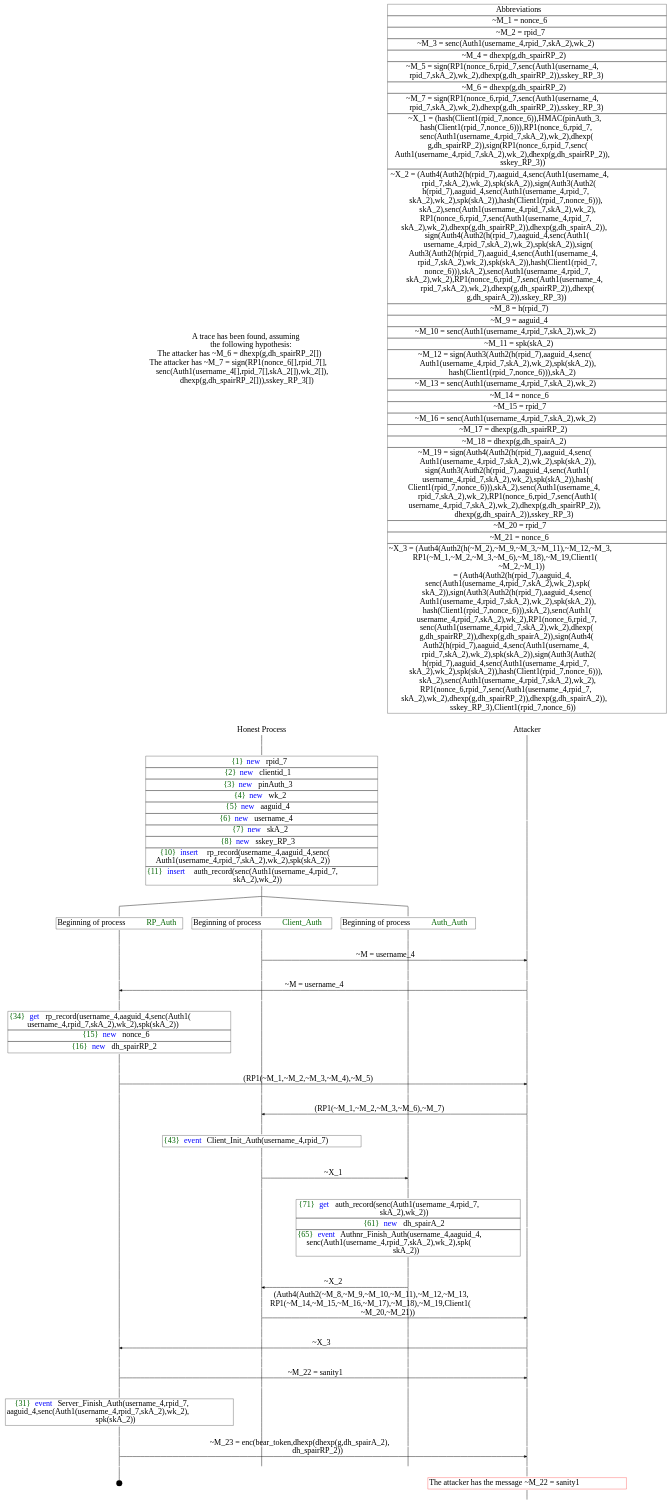
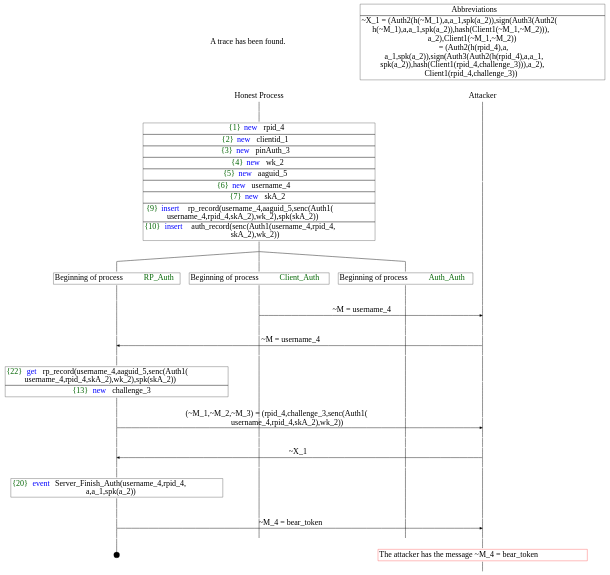
Before and after one commit to EkanshBhatnagar/FIDO2-Proverif: the diagram in results/trace1.dot, drawn with Graphviz. The commit also changed 10 other files, not shown here.

```diff
--- a/results/trace1.dot
+++ b/results/trace1.dot
@@ -2,21 +2,15 @@
 graph [ordering = out]
 edge [arrowhead = none, penwidth = 1.6, fontsize = 30]
 node [shape = point, width = 0, height = 0, fontsize = 30]
-Trace [label = <A trace has been found, assuming<br/>
-the following hypothesis:<br/>
-The attacker has ~M_6 = dhexp(g,dh_spairRP_2[])<br/>
-The attacker has ~M_7 = sign(RP1(nonce_6[],rpid_7[],<br/>
-senc(Auth1(username_4[],rpid_7[],skA_2[]),wk_2[]),<br/>
-dhexp(g,dh_spairRP_2[])),sskey_RP_3[])<br/>
+Trace [label = <A trace has been found.<br/>
 >, shape = plaintext]
 P0__0 [label = "Honest Process", shape = plaintext]
 P__0 [label = "Attacker", shape = plaintext]
 Trace -> P0__0 [label = "", style = invisible, weight = 100]{rank = same; P0__0 P__0}
 P0__0 -> P0__1 [label = <>, weight = 100]
 P0__1 -> P0__2 [label = <>, weight = 100]
-P0__2 [shape = plaintext, label = <<TABLE BORDER="0" CELLBORDER="1" CELLSPACING="0" CELLPADDING="4"> <TR><TD><FONT COLOR="darkgreen">{1}</FONT><FONT COLOR="blue">new </FONT>rpid_7</TD></TR><TR><TD><FONT COLOR="darkgreen">{2}</FONT><FONT COLOR="blue">new </FONT>clientid_1</TD></TR><TR><TD><FONT COLOR="darkgreen">{3}</FONT><FONT COLOR="blue">new </FONT>pinAuth_3</TD></TR><TR><TD><FONT COLOR="darkgreen">{4}</FONT><FONT COLOR="blue">new </FONT>wk_2</TD></TR><TR><TD><FONT COLOR="darkgreen">{5}</FONT><FONT COLOR="blue">new </FONT>aaguid_4</TD></TR><TR><TD><FONT COLOR="darkgreen">{6}</FONT><FONT COLOR="blue">new </FONT>username_4</TD></TR><TR><TD><FONT COLOR="darkgreen">{7}</FONT><FONT COLOR="blue">new </FONT>skA_2</TD></TR><TR><TD><FONT COLOR="darkgreen">{8}</FONT><FONT COLOR="blue">new </FONT>sskey_RP_3</TD></TR><TR><TD><FONT COLOR="darkgreen">{10}</FONT><FONT COLOR="blue">insert </FONT>rp_record(username_4,aaguid_4,senc(<br/>
-Auth1(username_4,rpid_7,skA_2),wk_2),spk(skA_2))<br/>
-</TD></TR><TR><TD><FONT COLOR="darkgreen">{11}</FONT><FONT COLOR="blue">insert </FONT>auth_record(senc(Auth1(username_4,rpid_7,<br/>
+P0__2 [shape = plaintext, label = <<TABLE BORDER="0" CELLBORDER="1" CELLSPACING="0" CELLPADDING="4"> <TR><TD><FONT COLOR="darkgreen">{1}</FONT><FONT COLOR="blue">new </FONT>rpid_4</TD></TR><TR><TD><FONT COLOR="darkgreen">{2}</FONT><FONT COLOR="blue">new </FONT>clientid_1</TD></TR><TR><TD><FONT COLOR="darkgreen">{3}</FONT><FONT COLOR="blue">new </FONT>pinAuth_3</TD></TR><TR><TD><FONT COLOR="darkgreen">{4}</FONT><FONT COLOR="blue">new </FONT>wk_2</TD></TR><TR><TD><FONT COLOR="darkgreen">{5}</FONT><FONT COLOR="blue">new </FONT>aaguid_5</TD></TR><TR><TD><FONT COLOR="darkgreen">{6}</FONT><FONT COLOR="blue">new </FONT>username_4</TD></TR><TR><TD><FONT COLOR="darkgreen">{7}</FONT><FONT COLOR="blue">new </FONT>skA_2</TD></TR><TR><TD><FONT COLOR="darkgreen">{9}</FONT><FONT COLOR="blue">insert </FONT>rp_record(username_4,aaguid_5,senc(Auth1(<br/>
+username_4,rpid_4,skA_2),wk_2),spk(skA_2))</TD></TR><TR><TD><FONT COLOR="darkgreen">{10}</FONT><FONT COLOR="blue">insert </FONT>auth_record(senc(Auth1(username_4,rpid_4,<br/>
 skA_2),wk_2))</TD></TR></TABLE>>]
 P0__2 -> P0__3 [label = <>, weight = 100]
 P__0 -> P__1 [label = <>, weight = 100]
@@ -63,8 +57,8 @@
 P__6 -> P__7 [label = <>, weight = 100]
 {rank = same; P__7 P0_0__9 P0_1__10 P0_2__8}
 P0_2__8 -> P0_2__9 [label = <>, weight = 100]
-P0_2__9 [shape = plaintext, label = <<TABLE BORDER="0" CELLBORDER="1" CELLSPACING="0" CELLPADDING="4"> <TR><TD><FONT COLOR="darkgreen">{34}</FONT><FONT COLOR="blue">get </FONT>rp_record(username_4,aaguid_4,senc(Auth1(<br/>
-username_4,rpid_7,skA_2),wk_2),spk(skA_2))</TD></TR><TR><TD><FONT COLOR="darkgreen">{15}</FONT><FONT COLOR="blue">new </FONT>nonce_6</TD></TR><TR><TD><FONT COLOR="darkgreen">{16}</FONT><FONT COLOR="blue">new </FONT>dh_spairRP_2</TD></TR></TABLE>>]
+P0_2__9 [shape = plaintext, label = <<TABLE BORDER="0" CELLBORDER="1" CELLSPACING="0" CELLPADDING="4"> <TR><TD><FONT COLOR="darkgreen">{22}</FONT><FONT COLOR="blue">get </FONT>rp_record(username_4,aaguid_5,senc(Auth1(<br/>
+username_4,rpid_4,skA_2),wk_2),spk(skA_2))</TD></TR><TR><TD><FONT COLOR="darkgreen">{13}</FONT><FONT COLOR="blue">new </FONT>challenge_3</TD></TR></TABLE>>]
 P0_2__9 -> P0_2__10 [label = <>, weight = 100]
 P__7 -> P__8 [label = <>, weight = 100]
 {rank = same; P__8 P0_2__9}
@@ -76,168 +70,54 @@
 P0_2__11 -> P0_2__12 [label = <>, weight = 100]
 P__9 -> P__10 [label = <>, weight = 100]
 {rank = same; P__10 P0_2__12}
-P0_2__12 -> P__10 [label = <(RP1(~M_1,~M_2,~M_3,~M_4),~M_5)>, arrowhead = normal]
+P0_2__12 -> P__10 [label = <(~M_1,~M_2,~M_3) = (rpid_4,challenge_3,senc(Auth1(<br/>
+username_4,rpid_4,skA_2),wk_2))>, arrowhead = normal]
 P0_2__12 -> P0_2__13 [label = <>, weight = 100]
 P0_1__11 -> P0_1__12 [label = <>, weight = 100]
 P0_0__10 -> P0_0__11 [label = <>, weight = 100]
 P__10 -> P__11 [label = <>, weight = 100]
 {rank = same; P__11 P0_0__11 P0_1__12 P0_2__13}
+P0_2__13 -> P0_2__14 [label = <>, weight = 100]
 P0_1__12 -> P0_1__13 [label = <>, weight = 100]
 P0_0__11 -> P0_0__12 [label = <>, weight = 100]
 P__11 -> P__12 [label = <>, weight = 100]
-{rank = same; P__12 P0_0__12 P0_1__13}
+{rank = same; P__12 P0_0__12 P0_1__13 P0_2__14}
+P0_2__14 -> P0_2__15 [label = <>, weight = 100]
+P__12 -> P__13 [label = <>, weight = 100]
+{rank = same; P__13 P0_2__15}
+P0_2__15 -> P__13 [label = <~X_1>, dir = back, arrowhead = normal]
+P0_2__15 -> P0_2__16 [label = <>, weight = 100]
 P0_1__13 -> P0_1__14 [label = <>, weight = 100]
-P__12 -> P__13 [label = <>, weight = 100]
-{rank = same; P__13 P0_1__14}
-P0_1__14 -> P__13 [label = <(RP1(~M_1,~M_2,~M_3,~M_6),~M_7)>, dir = back, arrowhead = normal]
-P0_1__14 -> P0_1__15 [label = <>, weight = 100]
 P0_0__12 -> P0_0__13 [label = <>, weight = 100]
 P__13 -> P__14 [label = <>, weight = 100]
-{rank = same; P__14 P0_0__13 P0_1__15}
+{rank = same; P__14 P0_0__13 P0_1__14 P0_2__16}
+P0_2__16 -> P0_2__17 [label = <>, weight = 100]
+P0_2__17 [shape = plaintext, label = <<TABLE BORDER="0" CELLBORDER="1" CELLSPACING="0" CELLPADDING="4"> <TR><TD><FONT COLOR="darkgreen">{20}</FONT><FONT COLOR="blue">event</FONT> Server_Finish_Auth(username_4,rpid_4,<br/>
+a,a_1,spk(a_2))</TD></TR></TABLE>>]
+P0_2__17 -> P0_2__18 [label = <>, weight = 100]
+P0_2__18 -> P0_2__19 [label = <>, weight = 100]
+P0_1__14 -> P0_1__15 [label = <>, weight = 100]
+P0_0__13 -> P0_0__14 [label = <>, weight = 100]
+P__14 -> P__15 [label = <>, weight = 100]
+{rank = same; P__15 P0_0__14 P0_1__15 P0_2__19}
+P0_2__19 -> P0_2__20 [label = <>, weight = 100]
+P__15 -> P__16 [label = <>, weight = 100]
+{rank = same; P__16 P0_2__20}
+P0_2__20 -> P__16 [label = <~M_4 = bear_token>, arrowhead = normal]
+P0_2__20 -> P0_2__21 [label = <>, weight = 100]
 P0_1__15 -> P0_1__16 [label = <>, weight = 100]
-P0_1__16 [shape = plaintext, label = <<TABLE BORDER="0" CELLBORDER="1" CELLSPACING="0" CELLPADDING="4"> <TR><TD><FONT COLOR="darkgreen">{43}</FONT><FONT COLOR="blue">event</FONT> Client_Init_Auth(username_4,rpid_7)</TD></TR></TABLE>>]
-P0_1__16 -> P0_1__17 [label = <>, weight = 100]
-P0_1__17 -> P0_1__18 [label = <>, weight = 100]
-P0_0__13 -> P0_0__14 [label = <>, weight = 100]
-{rank = same; P0_0__14 P0_1__18}
-P0_1__18 -> P0_1__19 [label = <>, weight = 100]
 P0_0__14 -> P0_0__15 [label = <>, weight = 100]
-{rank = same; P0_0__15 P0_1__19}
-P0_1__19 -> P0_0__15 [label = <~X_1>, arrowhead = normal]
-P0_1__19 -> P0_1__20 [label = <>, weight = 100]
-P0_0__15 -> P0_0__16 [label = <>, weight = 100]
-{rank = same; P0_0__16 P0_1__20}
-P0_0__16 -> P0_0__17 [label = <>, weight = 100]
-P0_0__17 [shape = plaintext, label = <<TABLE BORDER="0" CELLBORDER="1" CELLSPACING="0" CELLPADDING="4"> <TR><TD><FONT COLOR="darkgreen">{71}</FONT><FONT COLOR="blue">get </FONT>auth_record(senc(Auth1(username_4,rpid_7,<br/>
-skA_2),wk_2))</TD></TR><TR><TD><FONT COLOR="darkgreen">{61}</FONT><FONT COLOR="blue">new </FONT>dh_spairA_2</TD></TR><TR><TD><FONT COLOR="darkgreen">{65}</FONT><FONT COLOR="blue">event</FONT> Authnr_Finish_Auth(username_4,aaguid_4,<br/>
-senc(Auth1(username_4,rpid_7,skA_2),wk_2),spk(<br/>
-skA_2))</TD></TR></TABLE>>]
-P0_0__17 -> P0_0__18 [label = <>, weight = 100]
-P__14 -> P__15 [label = <>, weight = 100]
-{rank = same; P__15 P0_0__17}
-P0_1__20 -> P0_1__21 [label = <>, weight = 100]
-P0_0__18 -> P0_0__19 [label = <>, weight = 100]
-{rank = same; P0_0__19 P0_1__21}
-P0_1__21 -> P0_1__22 [label = <>, weight = 100]
-P0_0__19 -> P0_0__20 [label = <>, weight = 100]
-{rank = same; P0_0__20 P0_1__22}
-P0_1__22 -> P0_0__20 [label = <~X_2>, dir = back, arrowhead = normal]
-P0_1__22 -> P0_1__23 [label = <>, weight = 100]
-P0_0__20 -> P0_0__21 [label = <>, weight = 100]
-{rank = same; P0_0__21 P0_1__23}
-P0_1__23 -> P0_1__24 [label = <>, weight = 100]
-P0_0__21 -> P0_0__22 [label = <>, weight = 100]
-P__15 -> P__16 [label = <>, weight = 100]
-{rank = same; P__16 P0_0__22 P0_1__24}
-P0_1__24 -> P0_1__25 [label = <>, weight = 100]
 P__16 -> P__17 [label = <>, weight = 100]
-{rank = same; P__17 P0_1__25}
-P0_1__25 -> P__17 [label = <(Auth4(Auth2(~M_8,~M_9,~M_10,~M_11),~M_12,~M_13,<br/>
-RP1(~M_14,~M_15,~M_16,~M_17),~M_18),~M_19,Client1(<br/>
-~M_20,~M_21))>, arrowhead = normal]
-P0_1__25 -> P0_1__26 [label = <>, weight = 100]
-P0_0__22 -> P0_0__23 [label = <>, weight = 100]
+{rank = same; P__17 P0_0__15 P0_1__16 P0_2__21}
+P0_2__22 [label = "", width = 0.3, height = 0.3]
+P0_2__21 -> P0_2__22 [label = <>, weight = 100]
 P__17 -> P__18 [label = <>, weight = 100]
-{rank = same; P__18 P0_0__23 P0_1__26}
-P0_2__13 -> P0_2__14 [label = <>, weight = 100]
-P0_1__26 -> P0_1__27 [label = <>, weight = 100]
-P0_0__23 -> P0_0__24 [label = <>, weight = 100]
+P__18 [color = red, shape = plaintext, label = <<TABLE BORDER="0" CELLBORDER="1" CELLSPACING="0" CELLPADDING="4"> <TR><TD>The attacker has the message ~M_4 = bear_token</TD></TR></TABLE>>]
 P__18 -> P__19 [label = <>, weight = 100]
-{rank = same; P__19 P0_0__24 P0_1__27 P0_2__14}
-P0_2__14 -> P0_2__15 [label = <>, weight = 100]
-P__19 -> P__20 [label = <>, weight = 100]
-{rank = same; P__20 P0_2__15}
-P0_2__15 -> P__20 [label = <~X_3>, dir = back, arrowhead = normal]
-P0_2__15 -> P0_2__16 [label = <>, weight = 100]
-P0_1__27 -> P0_1__28 [label = <>, weight = 100]
-P0_0__24 -> P0_0__25 [label = <>, weight = 100]
-P__20 -> P__21 [label = <>, weight = 100]
-{rank = same; P__21 P0_0__25 P0_1__28 P0_2__16}
-P0_2__16 -> P0_2__17 [label = <>, weight = 100]
-P0_1__28 -> P0_1__29 [label = <>, weight = 100]
-P0_0__25 -> P0_0__26 [label = <>, weight = 100]
-P__21 -> P__22 [label = <>, weight = 100]
-{rank = same; P__22 P0_0__26 P0_1__29 P0_2__17}
-P0_2__17 -> P0_2__18 [label = <>, weight = 100]
-P__22 -> P__23 [label = <>, weight = 100]
-{rank = same; P__23 P0_2__18}
-P0_2__18 -> P__23 [label = <~M_22 = sanity1>, arrowhead = normal]
-P0_2__18 -> P0_2__19 [label = <>, weight = 100]
-P0_1__29 -> P0_1__30 [label = <>, weight = 100]
-P0_0__26 -> P0_0__27 [label = <>, weight = 100]
-P__23 -> P__24 [label = <>, weight = 100]
-{rank = same; P__24 P0_0__27 P0_1__30 P0_2__19}
-P0_2__19 -> P0_2__20 [label = <>, weight = 100]
-P0_2__20 [shape = plaintext, label = <<TABLE BORDER="0" CELLBORDER="1" CELLSPACING="0" CELLPADDING="4"> <TR><TD><FONT COLOR="darkgreen">{31}</FONT><FONT COLOR="blue">event</FONT> Server_Finish_Auth(username_4,rpid_7,<br/>
-aaguid_4,senc(Auth1(username_4,rpid_7,skA_2),wk_2),<br/>
-spk(skA_2))</TD></TR></TABLE>>]
-P0_2__20 -> P0_2__21 [label = <>, weight = 100]
-P0_2__21 -> P0_2__22 [label = <>, weight = 100]
-P0_1__30 -> P0_1__31 [label = <>, weight = 100]
-P0_0__27 -> P0_0__28 [label = <>, weight = 100]
-P__24 -> P__25 [label = <>, weight = 100]
-{rank = same; P__25 P0_0__28 P0_1__31 P0_2__22}
-P0_2__22 -> P0_2__23 [label = <>, weight = 100]
-P__25 -> P__26 [label = <>, weight = 100]
-{rank = same; P__26 P0_2__23}
-P0_2__23 -> P__26 [label = <~M_23 = enc(bear_token,dhexp(dhexp(g,dh_spairA_2),<br/>
-dh_spairRP_2))>, arrowhead = normal]
-P0_2__23 -> P0_2__24 [label = <>, weight = 100]
-P0_1__31 -> P0_1__32 [label = <>, weight = 100]
-P0_0__28 -> P0_0__29 [label = <>, weight = 100]
-P__26 -> P__27 [label = <>, weight = 100]
-{rank = same; P__27 P0_0__29 P0_1__32 P0_2__24}
-P0_2__25 [label = "", width = 0.3, height = 0.3]
-P0_2__24 -> P0_2__25 [label = <>, weight = 100]
-P__27 -> P__28 [label = <>, weight = 100]
-P__28 [color = red, shape = plaintext, label = <<TABLE BORDER="0" CELLBORDER="1" CELLSPACING="0" CELLPADDING="4"> <TR><TD>The attacker has the message ~M_22 = sanity1</TD></TR></TABLE>>]
-P__28 -> P__29 [label = <>, weight = 100]
-Abbrev [shape = plaintext, label = <<TABLE BORDER="0" CELLBORDER="1" CELLSPACING="0" CELLPADDING="4"><TR> <TD> Abbreviations </TD></TR><TR><TD>~M_1 = nonce_6</TD></TR><TR><TD>~M_2 = rpid_7</TD></TR><TR><TD>~M_3 = senc(Auth1(username_4,rpid_7,skA_2),wk_2)</TD></TR><TR><TD>~M_4 = dhexp(g,dh_spairRP_2)</TD></TR><TR><TD>~M_5 = sign(RP1(nonce_6,rpid_7,senc(Auth1(username_4,<br/>
-rpid_7,skA_2),wk_2),dhexp(g,dh_spairRP_2)),sskey_RP_3)</TD></TR><TR><TD>~M_6 = dhexp(g,dh_spairRP_2)</TD></TR><TR><TD>~M_7 = sign(RP1(nonce_6,rpid_7,senc(Auth1(username_4,<br/>
-rpid_7,skA_2),wk_2),dhexp(g,dh_spairRP_2)),sskey_RP_3)</TD></TR><TR><TD>~X_1 = (hash(Client1(rpid_7,nonce_6)),HMAC(pinAuth_3,<br/>
-hash(Client1(rpid_7,nonce_6))),RP1(nonce_6,rpid_7,<br/>
-senc(Auth1(username_4,rpid_7,skA_2),wk_2),dhexp(<br/>
-g,dh_spairRP_2)),sign(RP1(nonce_6,rpid_7,senc(<br/>
-Auth1(username_4,rpid_7,skA_2),wk_2),dhexp(g,dh_spairRP_2)),<br/>
-sskey_RP_3))</TD></TR><TR><TD>~X_2 = (Auth4(Auth2(h(rpid_7),aaguid_4,senc(Auth1(username_4,<br/>
-rpid_7,skA_2),wk_2),spk(skA_2)),sign(Auth3(Auth2(<br/>
-h(rpid_7),aaguid_4,senc(Auth1(username_4,rpid_7,<br/>
-skA_2),wk_2),spk(skA_2)),hash(Client1(rpid_7,nonce_6))),<br/>
-skA_2),senc(Auth1(username_4,rpid_7,skA_2),wk_2),<br/>
-RP1(nonce_6,rpid_7,senc(Auth1(username_4,rpid_7,<br/>
-skA_2),wk_2),dhexp(g,dh_spairRP_2)),dhexp(g,dh_spairA_2)),<br/>
-sign(Auth4(Auth2(h(rpid_7),aaguid_4,senc(Auth1(<br/>
-username_4,rpid_7,skA_2),wk_2),spk(skA_2)),sign(<br/>
-Auth3(Auth2(h(rpid_7),aaguid_4,senc(Auth1(username_4,<br/>
-rpid_7,skA_2),wk_2),spk(skA_2)),hash(Client1(rpid_7,<br/>
-nonce_6))),skA_2),senc(Auth1(username_4,rpid_7,<br/>
-skA_2),wk_2),RP1(nonce_6,rpid_7,senc(Auth1(username_4,<br/>
-rpid_7,skA_2),wk_2),dhexp(g,dh_spairRP_2)),dhexp(<br/>
-g,dh_spairA_2)),sskey_RP_3))</TD></TR><TR><TD>~M_8 = h(rpid_7)</TD></TR><TR><TD>~M_9 = aaguid_4</TD></TR><TR><TD>~M_10 = senc(Auth1(username_4,rpid_7,skA_2),wk_2)</TD></TR><TR><TD>~M_11 = spk(skA_2)</TD></TR><TR><TD>~M_12 = sign(Auth3(Auth2(h(rpid_7),aaguid_4,senc(<br/>
-Auth1(username_4,rpid_7,skA_2),wk_2),spk(skA_2)),<br/>
-hash(Client1(rpid_7,nonce_6))),skA_2)</TD></TR><TR><TD>~M_13 = senc(Auth1(username_4,rpid_7,skA_2),wk_2)</TD></TR><TR><TD>~M_14 = nonce_6</TD></TR><TR><TD>~M_15 = rpid_7</TD></TR><TR><TD>~M_16 = senc(Auth1(username_4,rpid_7,skA_2),wk_2)</TD></TR><TR><TD>~M_17 = dhexp(g,dh_spairRP_2)</TD></TR><TR><TD>~M_18 = dhexp(g,dh_spairA_2)</TD></TR><TR><TD>~M_19 = sign(Auth4(Auth2(h(rpid_7),aaguid_4,senc(<br/>
-Auth1(username_4,rpid_7,skA_2),wk_2),spk(skA_2)),<br/>
-sign(Auth3(Auth2(h(rpid_7),aaguid_4,senc(Auth1(<br/>
-username_4,rpid_7,skA_2),wk_2),spk(skA_2)),hash(<br/>
-Client1(rpid_7,nonce_6))),skA_2),senc(Auth1(username_4,<br/>
-rpid_7,skA_2),wk_2),RP1(nonce_6,rpid_7,senc(Auth1(<br/>
-username_4,rpid_7,skA_2),wk_2),dhexp(g,dh_spairRP_2)),<br/>
-dhexp(g,dh_spairA_2)),sskey_RP_3)</TD></TR><TR><TD>~M_20 = rpid_7</TD></TR><TR><TD>~M_21 = nonce_6</TD></TR><TR><TD>~X_3 = (Auth4(Auth2(h(~M_2),~M_9,~M_3,~M_11),~M_12,~M_3,<br/>
-RP1(~M_1,~M_2,~M_3,~M_6),~M_18),~M_19,Client1(<br/>
-~M_2,~M_1))<br/>
-= (Auth4(Auth2(h(rpid_7),aaguid_4,<br/>
-senc(Auth1(username_4,rpid_7,skA_2),wk_2),spk(<br/>
-skA_2)),sign(Auth3(Auth2(h(rpid_7),aaguid_4,senc(<br/>
-Auth1(username_4,rpid_7,skA_2),wk_2),spk(skA_2)),<br/>
-hash(Client1(rpid_7,nonce_6))),skA_2),senc(Auth1(<br/>
-username_4,rpid_7,skA_2),wk_2),RP1(nonce_6,rpid_7,<br/>
-senc(Auth1(username_4,rpid_7,skA_2),wk_2),dhexp(<br/>
-g,dh_spairRP_2)),dhexp(g,dh_spairA_2)),sign(Auth4(<br/>
-Auth2(h(rpid_7),aaguid_4,senc(Auth1(username_4,<br/>
-rpid_7,skA_2),wk_2),spk(skA_2)),sign(Auth3(Auth2(<br/>
-h(rpid_7),aaguid_4,senc(Auth1(username_4,rpid_7,<br/>
-skA_2),wk_2),spk(skA_2)),hash(Client1(rpid_7,nonce_6))),<br/>
-skA_2),senc(Auth1(username_4,rpid_7,skA_2),wk_2),<br/>
-RP1(nonce_6,rpid_7,senc(Auth1(username_4,rpid_7,<br/>
-skA_2),wk_2),dhexp(g,dh_spairRP_2)),dhexp(g,dh_spairA_2)),<br/>
-sskey_RP_3),Client1(rpid_7,nonce_6))</TD></TR></TABLE>>]Abbrev -> P__0 [style = invisible, weight =100]}
+Abbrev [shape = plaintext, label = <<TABLE BORDER="0" CELLBORDER="1" CELLSPACING="0" CELLPADDING="4"><TR> <TD> Abbreviations </TD></TR><TR><TD>~X_1 = (Auth2(h(~M_1),a,a_1,spk(a_2)),sign(Auth3(Auth2(<br/>
+h(~M_1),a,a_1,spk(a_2)),hash(Client1(~M_1,~M_2))),<br/>
+a_2),Client1(~M_1,~M_2))<br/>
+= (Auth2(h(rpid_4),a,<br/>
+a_1,spk(a_2)),sign(Auth3(Auth2(h(rpid_4),a,a_1,<br/>
+spk(a_2)),hash(Client1(rpid_4,challenge_3))),a_2),<br/>
+Client1(rpid_4,challenge_3))</TD></TR></TABLE>>]Abbrev -> P__0 [style = invisible, weight =100]}
```
